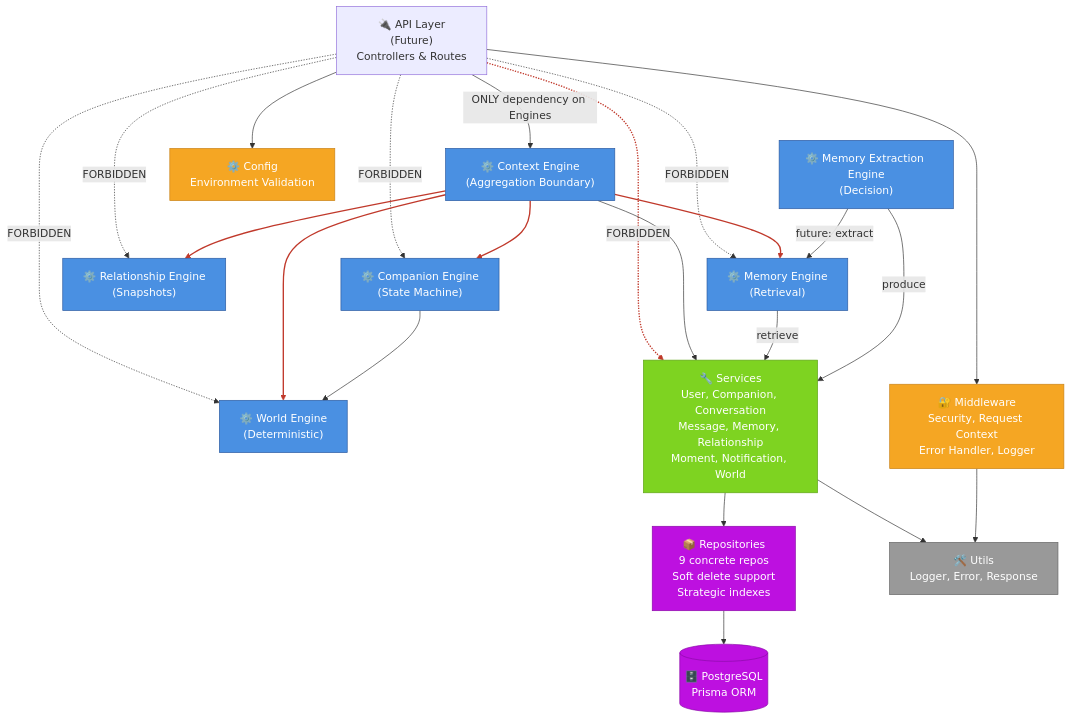
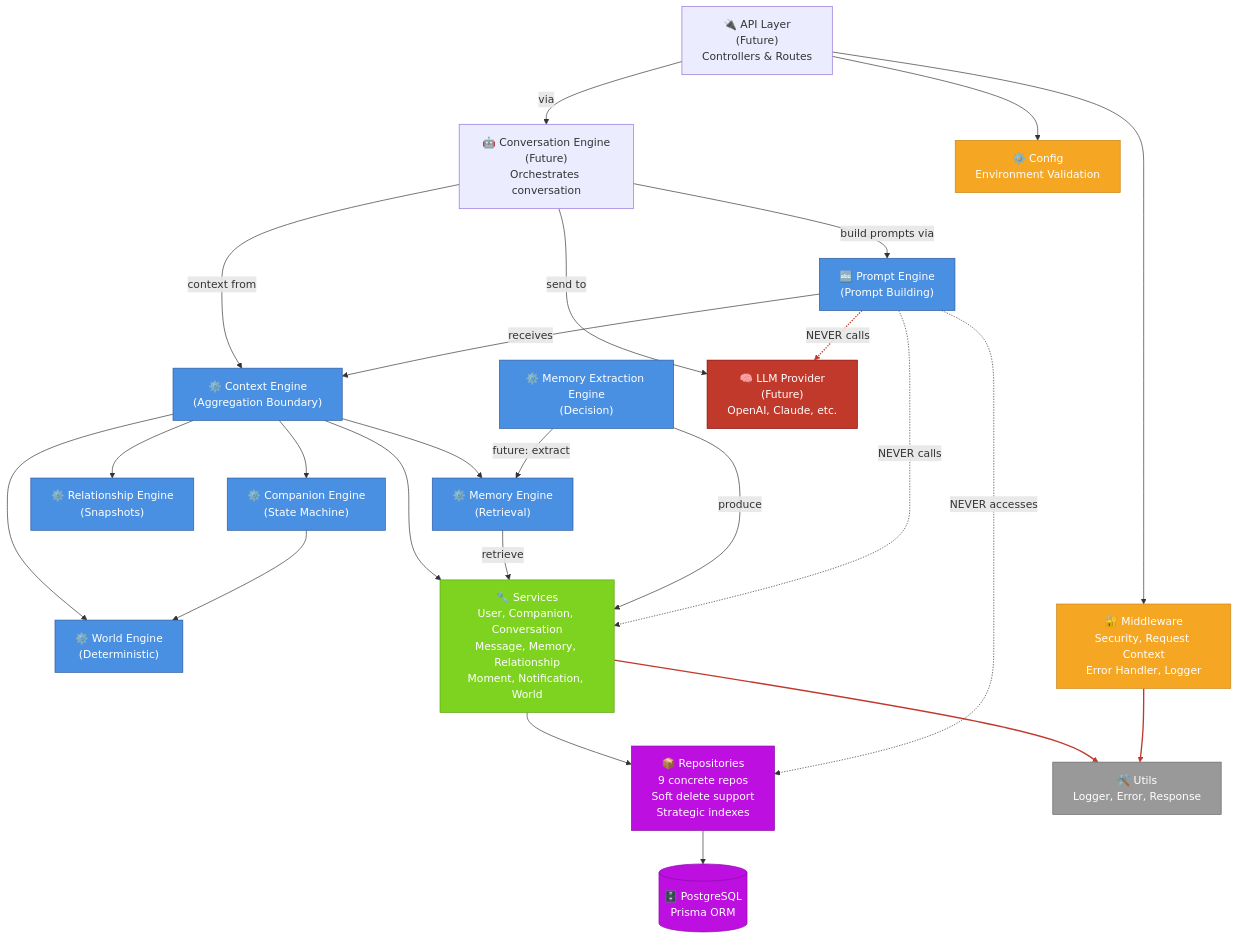
Before and after one commit to shubhamagar123/featherlite: the first of 3 diagrams in ARCHITECTURE.md, drawn with Mermaid. The commit also changed other lines of this file and 13 other files, not shown here.

First line of the commit message:
feat: introduce Prompt Engine (LLM-agnostic prompt construction)

````diff
--- a/ARCHITECTURE.md
+++ b/ARCHITECTURE.md
@@ -11,64 +11,73 @@
 ```mermaid
 flowchart TD
     API["🔌 API Layer<br/>(Future)<br/>Controllers & Routes"]
+    CONV["🤖 Conversation Engine<br/>(Future)<br/>Orchestrates conversation"]
 
     CTX["⚙️ Context Engine<br/>(Aggregation Boundary)"]
+    PROMPT["🔤 Prompt Engine<br/>(Prompt Building)"]
     WE["⚙️ World Engine<br/>(Deterministic)"]
     CE["⚙️ Companion Engine<br/>(State Machine)"]
     RE["⚙️ Relationship Engine<br/>(Snapshots)"]
     ME["⚙️ Memory Engine<br/>(Retrieval)"]
     MEE["⚙️ Memory Extraction Engine<br/>(Decision)"]
 
     SVC["🔧 Services<br/>User, Companion, Conversation<br/>Message, Memory, Relationship<br/>Moment, Notification, World"]
 
     REPO["📦 Repositories<br/>9 concrete repos<br/>Soft delete support<br/>Strategic indexes"]
 
     DB[("🗄️ PostgreSQL<br/>Prisma ORM")]
 
+    LLM["🧠 LLM Provider<br/>(Future)<br/>OpenAI, Claude, etc."]
+
     UTIL["🛠️ Utils<br/>Logger, Error, Response"]
     CONFIG["⚙️ Config<br/>Environment Validation"]
     MIDDLEWARE["🔐 Middleware<br/>Security, Request Context<br/>Error Handler, Logger"]
 
-    API -->|"ONLY dependency on Engines"| CTX
-    API -. "FORBIDDEN" .-> WE
-    API -. "FORBIDDEN" .-> CE
-    API -. "FORBIDDEN" .-> RE
-    API -. "FORBIDDEN" .-> ME
-    API -. "FORBIDDEN" .-> SVC
+    API -->|"via"| CONV
+    CONV -->|"context from"| CTX
+    CONV -->|"build prompts via"| PROMPT
+    CONV -->|"send to"| LLM
+
+    PROMPT -->|"receives"| CTX
 
     CTX --> WE
     CTX --> CE
     CTX --> RE
     CTX --> ME
     CTX --> SVC
 
     CE --> WE
     MEE -->|"future: extract"| ME
 
     ME -->|"retrieve"| SVC
     MEE -->|"produce"| SVC
 
     SVC --> REPO
     REPO --> DB
 
     API --> CONFIG
     API --> MIDDLEWARE
     SVC --> UTIL
     MIDDLEWARE --> UTIL
 
-    linkStyle 6,7,8,9 stroke:#c0392b,stroke-width:2px
-    linkStyle 5 stroke:#c0392b,stroke-width:2px
+    PROMPT -. "NEVER calls" .-> LLM
+    PROMPT -. "NEVER accesses" .-> REPO
+    PROMPT -. "NEVER calls" .-> SVC
+
+    linkStyle 18,19,20 stroke:#c0392b,stroke-width:2px
 
     classDef engine fill:#4a90e2,stroke:#2c5aa0,color:#fff
     classDef service fill:#7ed321,stroke:#5fa319,color:#fff
     classDef infra fill:#f5a623,stroke:#c9831a,color:#fff
     classDef data fill:#bd10e0,stroke:#8b0aa8,color:#fff
     classDef util fill:#999,stroke:#666,color:#fff
+    classDef forbidden fill:#c0392b,stroke:#8b0000,color:#fff
 
-    class WE,CE,RE,ME,MEE,CTX engine
+    class WE,CE,RE,ME,MEE,CTX,PROMPT engine
     class SVC service
     class REPO data
     class DB data
     class CONFIG,MIDDLEWARE infra
     class UTIL util
+    class LLM forbidden
 ```
````
